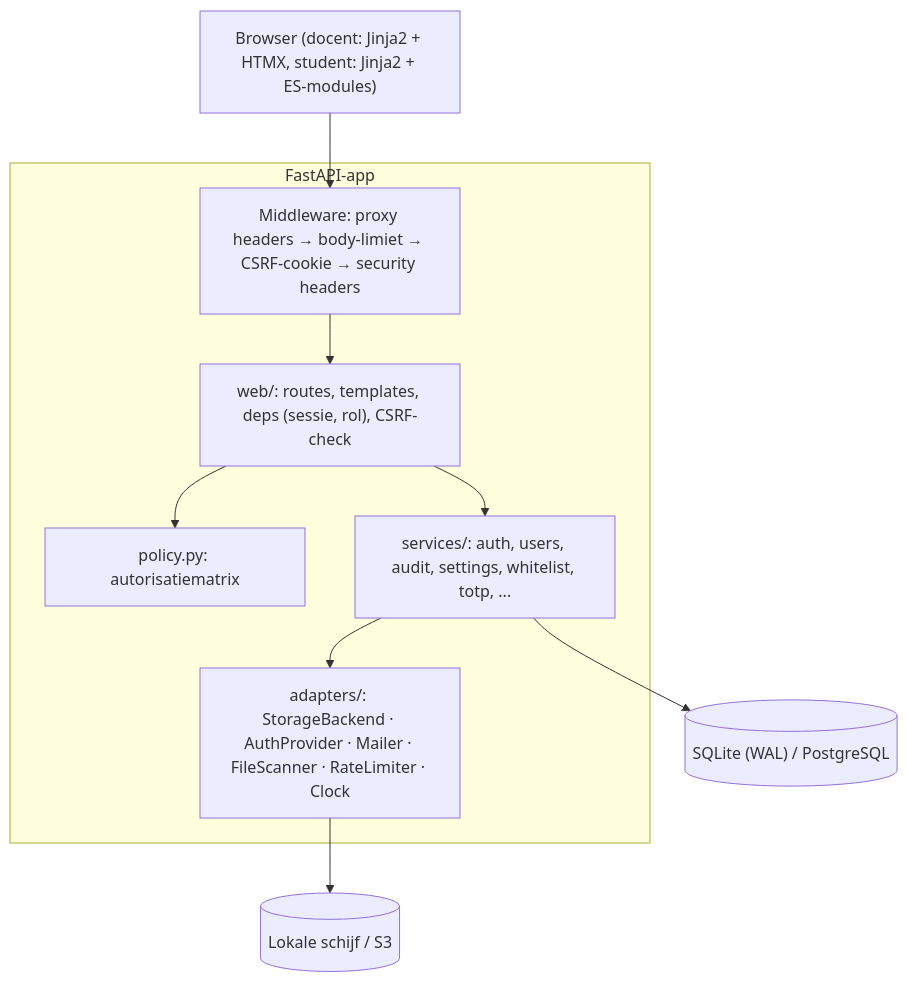
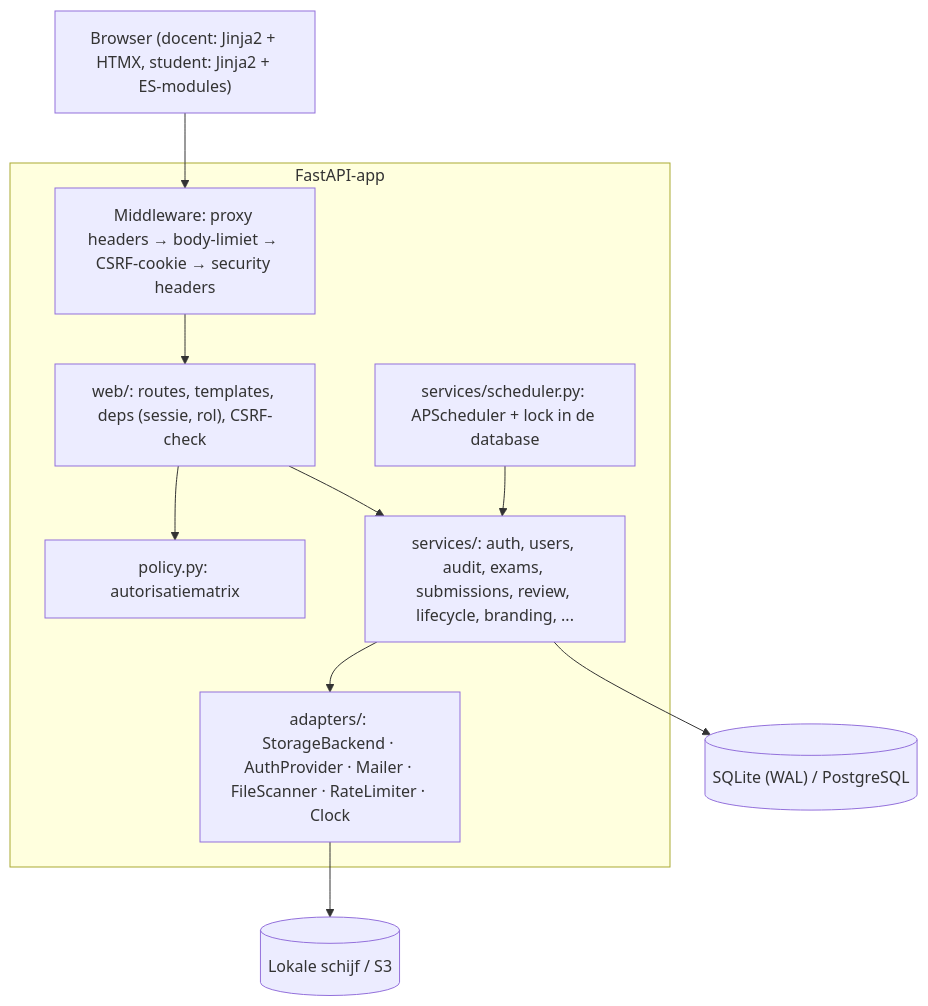
One commit to Hoite/Inleverboks changed the first of 5 diagrams in docs/architectuur.md. Above: the diagram before and after it, drawn with Mermaid. The commit also changed other lines of this file and 5 other files, not shown here.

````diff
--- a/docs/architectuur.md
+++ b/docs/architectuur.md
@@ -5,19 +5,21 @@
 ```mermaid
 flowchart TB
   browser["Browser (docent: Jinja2 + HTMX, student: Jinja2 + ES-modules)"]
   subgraph app["FastAPI-app"]
     mw["Middleware: proxy headers → body-limiet → CSRF-cookie → security headers"]
     web["web/: routes, templates, deps (sessie, rol), CSRF-check"]
     policy["policy.py: autorisatiematrix"]
-    services["services/: auth, users, audit, settings, whitelist, totp, ..."]
+    services["services/: auth, users, audit, exams, submissions, review, lifecycle, branding, ..."]
+    jobs["services/scheduler.py: APScheduler + lock in de database"]
     adapters["adapters/: StorageBackend · AuthProvider · Mailer · FileScanner · RateLimiter · Clock"]
   end
   db[("SQLite (WAL) / PostgreSQL")]
   store[("Lokale schijf / S3")]
   browser --> mw --> web
   web --> policy
   web --> services
+  jobs --> services
   services --> adapters
   services --> db
   adapters --> store
 ```
````
